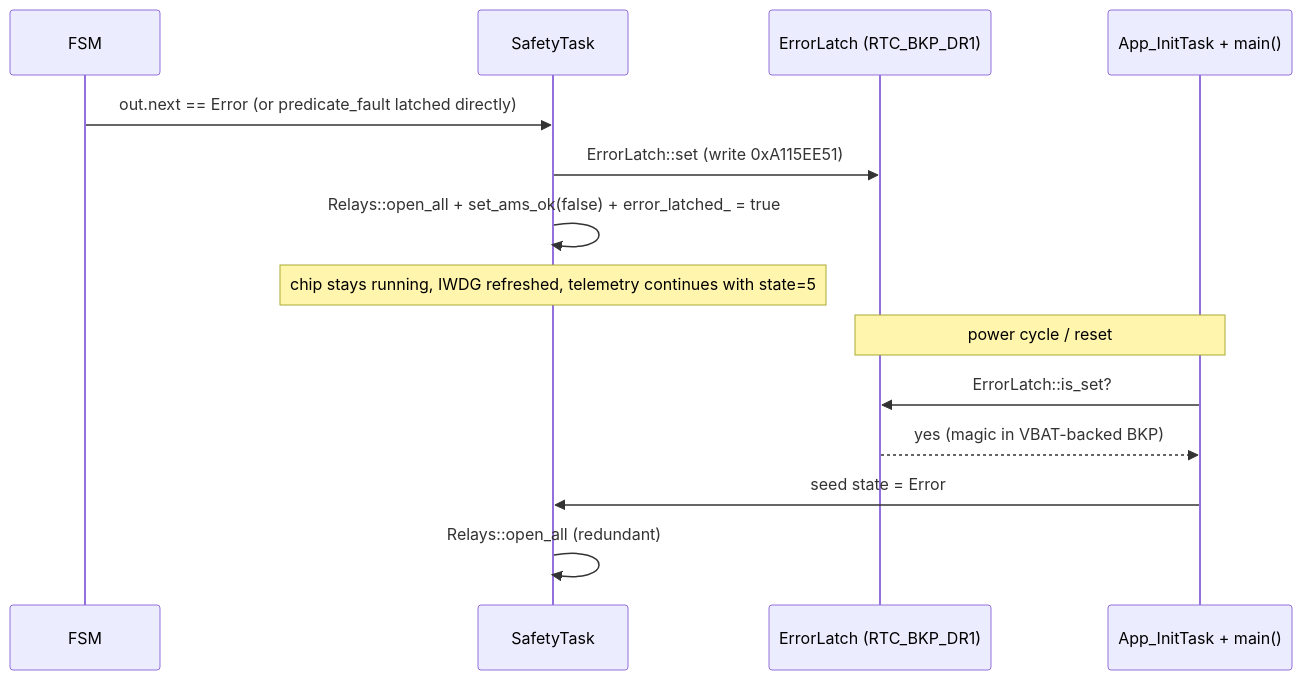
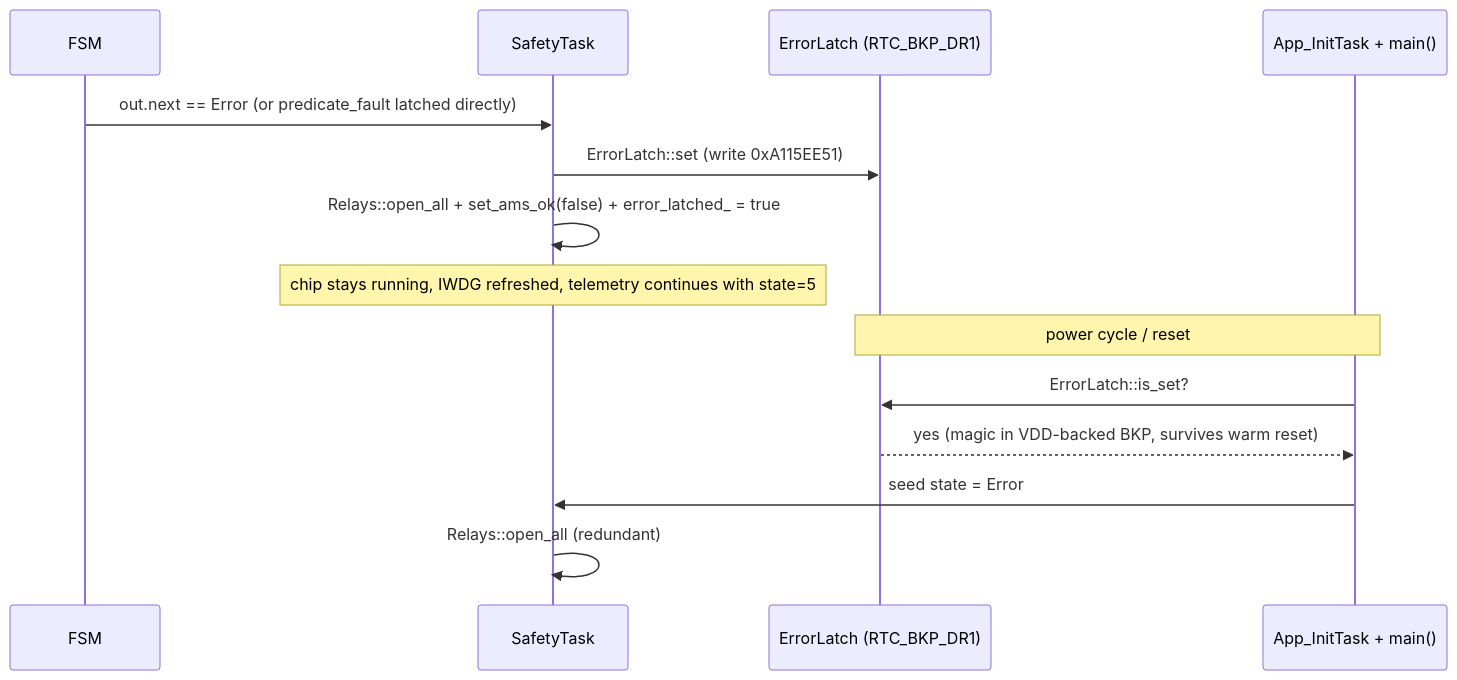
The third of 3 diagrams in docs/FSM_OVERVIEW.md (isc-fs/IFS08-CE-AMS), drawn with Mermaid before and after one commit. The commit also changed other lines of this file and 15 other files, not shown here.

````diff
--- a/docs/FSM_OVERVIEW.md
+++ b/docs/FSM_OVERVIEW.md
@@ -545,19 +546,19 @@
 ```mermaid
 sequenceDiagram
   participant FSM
   participant ST as SafetyTask
   participant EL as ErrorLatch (RTC_BKP_DR1)
   participant Boot as App_InitTask + main()
 
   FSM->>ST: out.next == Error (or predicate_fault latched directly)
   ST->>EL: ErrorLatch::set (write 0xA115EE51)
   ST->>ST: Relays::open_all + set_ams_ok(false) + error_latched_ = true
   Note over ST: chip stays running, IWDG refreshed, telemetry continues with state=5
 
   Note over Boot,EL: power cycle / reset
 
   Boot->>EL: ErrorLatch::is_set?
-  EL-->>Boot: yes (magic in VBAT-backed BKP)
+  EL-->>Boot: yes (magic in VDD-backed BKP, survives warm reset)
   Boot->>ST: seed state = Error
   ST->>ST: Relays::open_all (redundant)
 ```
````
